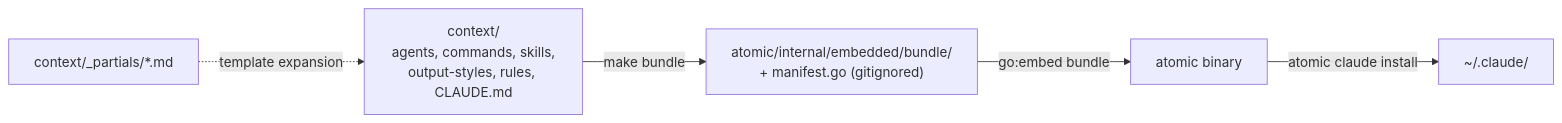
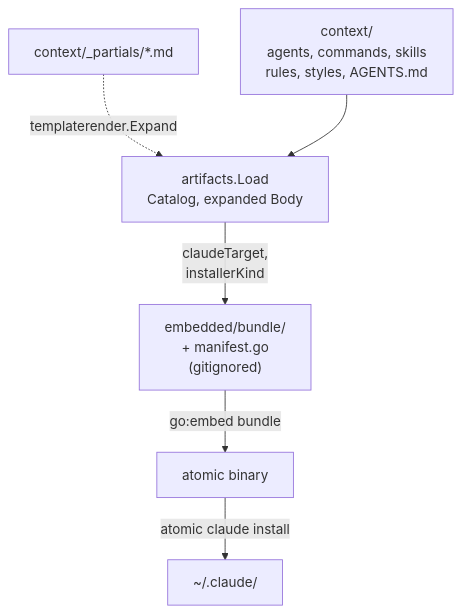
Before and after one commit to damusix/atomic-claude: the first of 4 diagrams in docs/wiki/bundle.md, drawn with Mermaid. The commit also changed other lines of this file and 11 other files, not shown here.

````diff
--- a/docs/wiki/bundle.md
+++ b/docs/wiki/bundle.md
@@ -27,9 +29,12 @@
 ```mermaid
-flowchart LR
+flowchart TD
+    %% source: atomic/internal/artifacts/catalog.go, atomic/internal/bundlemirror/mirror.go, atomic/internal/embedded/bundle.go
     PART["context/_partials/*.md"]
-    CTX["context/<br/>agents, commands, skills,<br/>output-styles, rules, CLAUDE.md"]
-    PART -.->|"template expansion"| CTX
-    CTX -->|"make bundle"| EMB["atomic/internal/embedded/bundle/<br/>+ manifest.go (gitignored)"]
+    CTX["context/<br/>agents, commands, skills<br/>rules, styles, AGENTS.md"]
+    CAT["artifacts.Load<br/>Catalog, expanded Body"]
+    PART -.->|"templaterender.Expand"| CAT
+    CTX --> CAT
+    CAT -->|"claudeTarget,<br/>installerKind"| EMB["embedded/bundle/<br/>+ manifest.go<br/>(gitignored)"]
     EMB -->|"go:embed bundle"| BIN["atomic binary"]
     BIN -->|"atomic claude install"| HOME["~/.claude/"]
 ```
````
